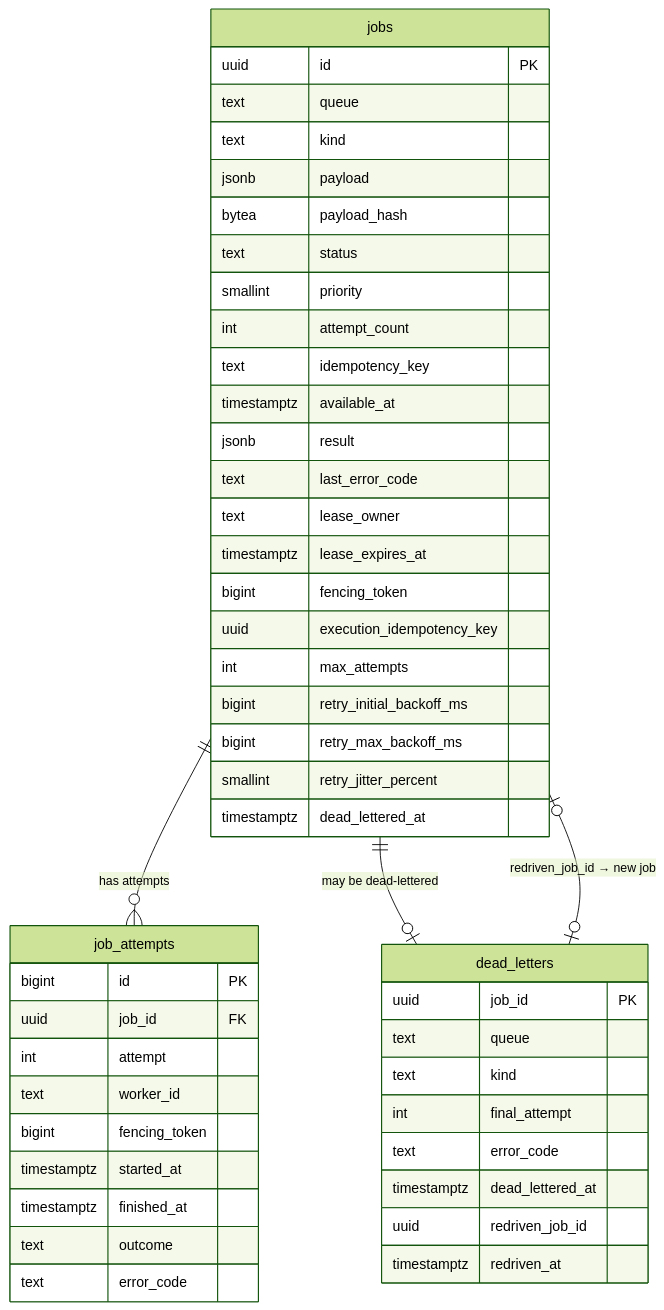
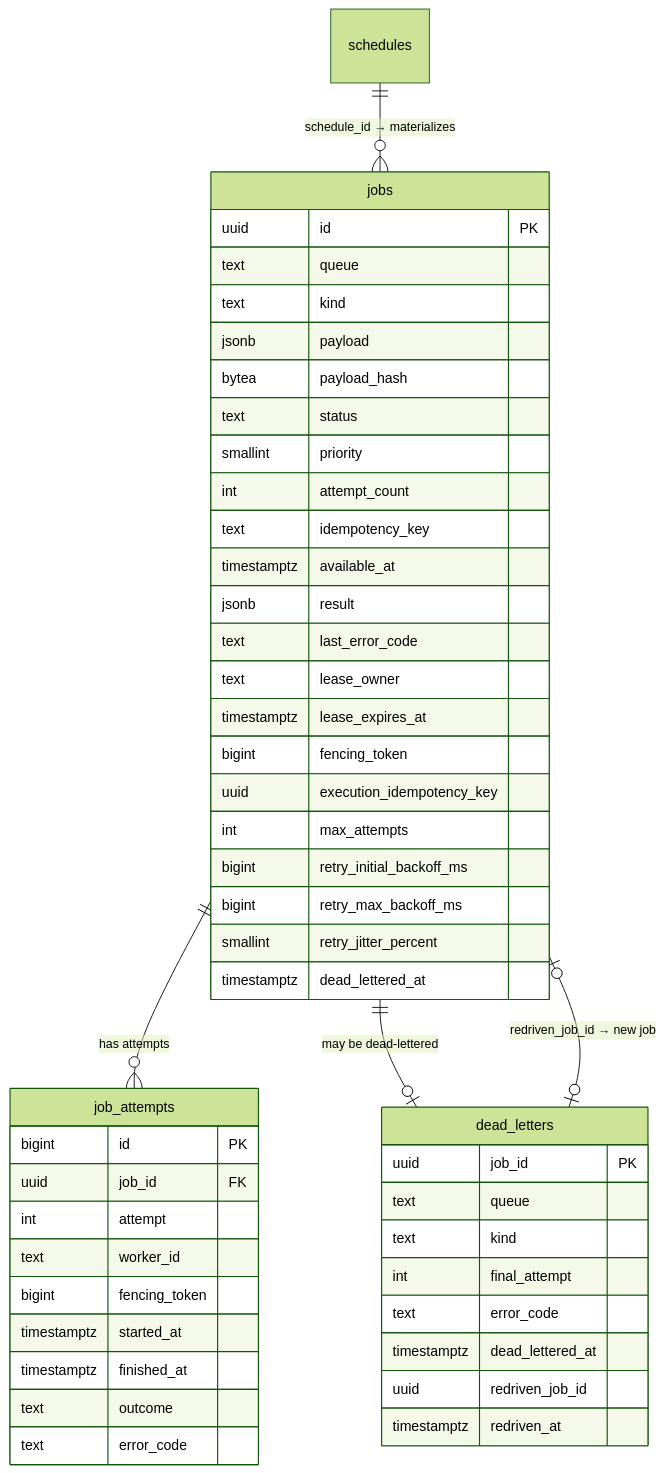
One commit to Nuryanfa/TaskForge changed the diagram in docs/DATA_MODEL.md. Above: the diagram before and after it, drawn with Mermaid (forest theme). The commit also changed other lines of this file and 31 other files, not shown here.

Commit message:
feat(schedule): add delayed jobs and recurring cron schedules

````diff
--- a/docs/DATA_MODEL.md
+++ b/docs/DATA_MODEL.md
@@ -10,51 +10,52 @@
 ```mermaid
 erDiagram
+    schedules ||--o{ jobs : "schedule_id → materializes"
     jobs ||--o{ job_attempts : "has attempts"
     jobs ||--o| dead_letters : "may be dead-lettered"
     dead_letters |o--o| jobs : "redriven_job_id → new job"
 
     jobs {
         uuid id PK
         text queue
         text kind
         jsonb payload
         bytea payload_hash
         text status
         smallint priority
         int attempt_count
         text idempotency_key
         timestamptz available_at
         jsonb result
         text last_error_code
         text lease_owner
         timestamptz lease_expires_at
         bigint fencing_token
         uuid execution_idempotency_key
         int max_attempts
         bigint retry_initial_backoff_ms
         bigint retry_max_backoff_ms
         smallint retry_jitter_percent
         timestamptz dead_lettered_at
     }
     job_attempts {
         bigint id PK
         uuid job_id FK
         int attempt
         text worker_id
         bigint fencing_token
         timestamptz started_at
         timestamptz finished_at
         text outcome
         text error_code
     }
     dead_letters {
         uuid job_id PK
         text queue
         text kind
         int final_attempt
         text error_code
         timestamptz dead_lettered_at
         uuid redriven_job_id
         timestamptz redriven_at
     }
 ```
````
